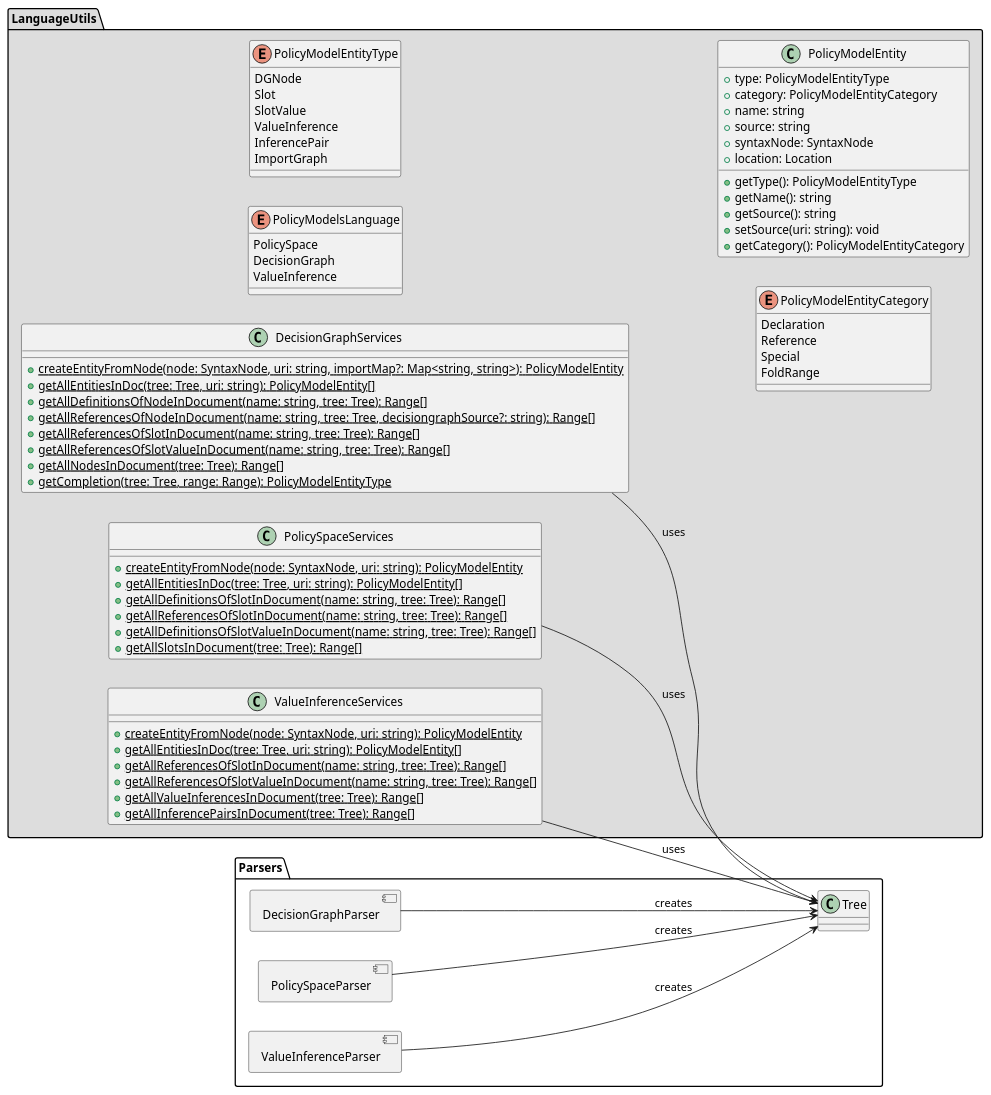
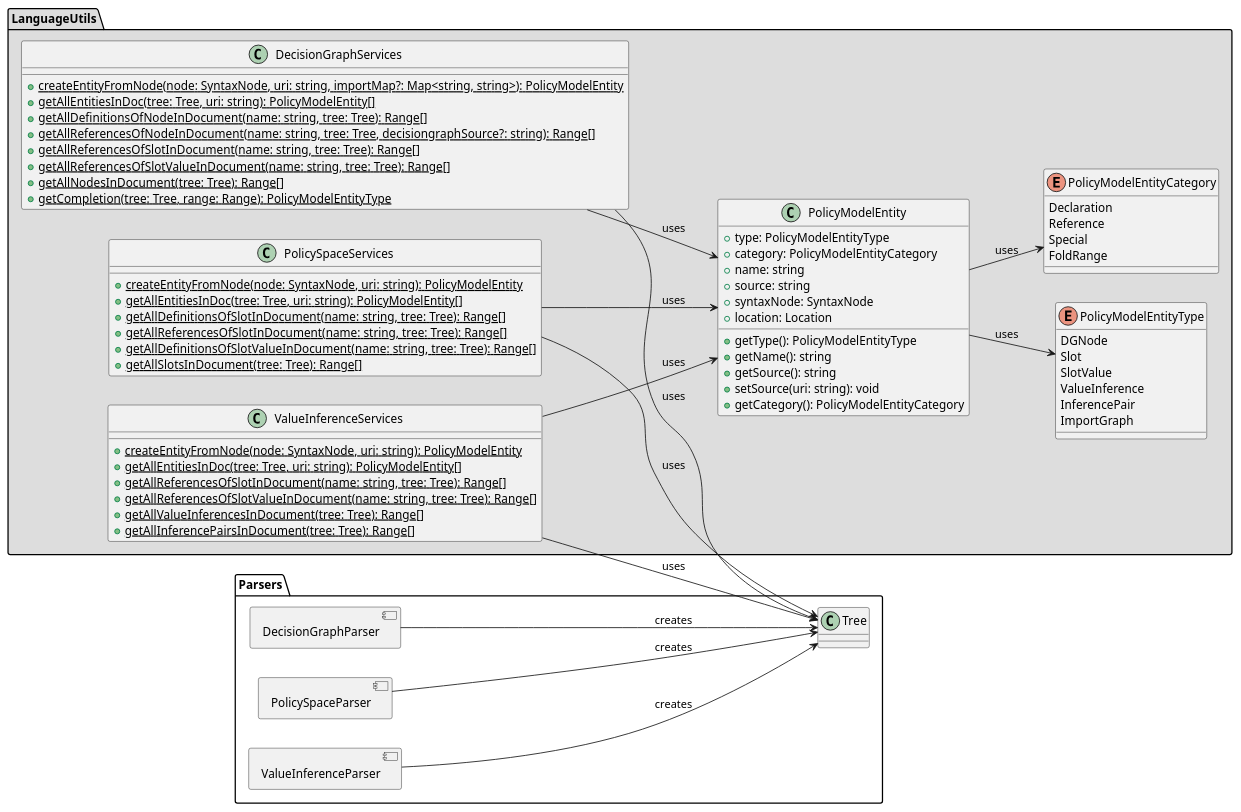
One commit to wolfj123/PolicyModelsPlugin changed the diagram in diagrams/server/LanguageUtils.puml. Above: the diagram before and after it, drawn with PlantUML.

Commit message:
update language utils

```diff
--- a/diagrams/server/LanguageUtils.puml
+++ b/diagrams/server/LanguageUtils.puml
@@ -1,90 +1,96 @@
 @startuml
 
 'skinparam style strictuml
 'top to bottom direction
 left to right direction
 allowmixing
 
 package LanguageUtils #DDDDDD {
-    enum PolicyModelsLanguage {
-        PolicySpace
-        DecisionGraph
-        ValueInference
-    }
+    ' enum PolicyModelsLanguage {
+    '     PolicySpace
+    '     DecisionGraph
+    '     ValueInference
+    ' }
     enum PolicyModelEntityType {
         DGNode
         Slot
         SlotValue
         ValueInference
         InferencePair
         ImportGraph
     }
     enum PolicyModelEntityCategory {
         Declaration
         Reference
         Special
         FoldRange
     }
     class PolicyModelEntity {
         +type: PolicyModelEntityType
         +category: PolicyModelEntityCategory
         +name: string
         +source: string
         +syntaxNode: SyntaxNode
         +location: Location
         +getType(): PolicyModelEntityType
         +getName(): string
         +getSource(): string
         +setSource(uri: string): void
         +getCategory(): PolicyModelEntityCategory
     }
     class DecisionGraphServices {
         +{static} createEntityFromNode(node: SyntaxNode, uri: string, importMap?: Map<string, string>): PolicyModelEntity
         +{static} getAllEntitiesInDoc(tree: Tree, uri: string): PolicyModelEntity[]
         +{static} getAllDefinitionsOfNodeInDocument(name: string, tree: Tree): Range[]
         +{static} getAllReferencesOfNodeInDocument(name: string, tree: Tree, decisiongraphSource?: string): Range[]
         +{static} getAllReferencesOfSlotInDocument(name: string, tree: Tree): Range[]
         +{static} getAllReferencesOfSlotValueInDocument(name: string, tree: Tree): Range[]
         +{static} getAllNodesInDocument(tree: Tree): Range[]
         +{static} getCompletion(tree: Tree, range: Range): PolicyModelEntityType
     }
     class PolicySpaceServices {
         +{static} createEntityFromNode(node: SyntaxNode, uri: string): PolicyModelEntity
         +{static} getAllEntitiesInDoc(tree: Tree, uri: string): PolicyModelEntity[]
         +{static} getAllDefinitionsOfSlotInDocument(name: string, tree: Tree): Range[]
         +{static} getAllReferencesOfSlotInDocument(name: string, tree: Tree): Range[]
         +{static} getAllDefinitionsOfSlotValueInDocument(name: string, tree: Tree): Range[]
         +{static} getAllSlotsInDocument(tree: Tree): Range[]
     }
     class ValueInferenceServices {
         +{static} createEntityFromNode(node: SyntaxNode, uri: string): PolicyModelEntity
         +{static} getAllEntitiesInDoc(tree: Tree, uri: string): PolicyModelEntity[]
         +{static} getAllReferencesOfSlotInDocument(name: string, tree: Tree): Range[]
         +{static} getAllReferencesOfSlotValueInDocument(name: string, tree: Tree): Range[]
         +{static} getAllValueInferencesInDocument(tree: Tree): Range[]
         +{static} getAllInferencePairsInDocument(tree: Tree): Range[]
     }
 }
 
 package Parsers {
     component DecisionGraphParser
     component PolicySpaceParser
     component ValueInferenceParser
     class Tree
 }
 
 ' note "External Libraries" as n_ext
 ' n_ext .right. Parsers
 
 ' DecisionGraphServices -right-> DecisionGraphParser
 ' PolicySpaceServices -right-> PolicySpaceParser
 ' ValueInferenceServices -right-> ValueInferenceParser
 DecisionGraphServices --> Tree : "uses"
 PolicySpaceServices --> Tree : uses
 ValueInferenceServices --> Tree : uses
 DecisionGraphParser --> Tree : "creates"
 PolicySpaceParser --> Tree : "creates"
 ValueInferenceParser --> Tree : "creates"
 
+DecisionGraphServices --> PolicyModelEntity : "uses"
+PolicySpaceServices --> PolicyModelEntity : "uses"
+ValueInferenceServices --> PolicyModelEntity : "uses"
+
+PolicyModelEntity --> PolicyModelEntityType : "uses"
+PolicyModelEntity --> PolicyModelEntityCategory : "uses"
 
 @enduml
```
